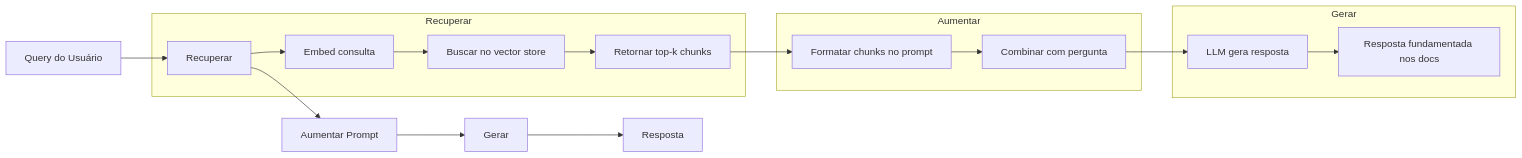
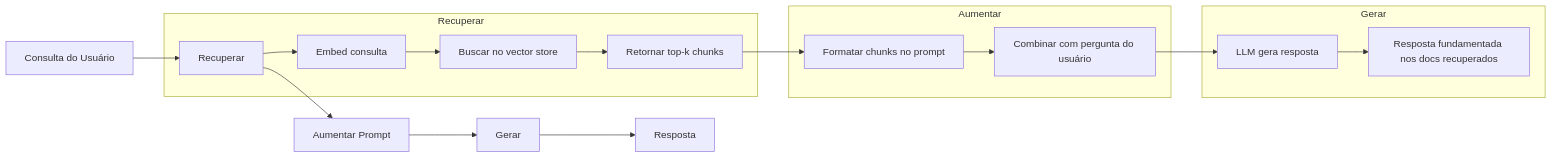
The first of 2 diagrams in phases/11-llm-engineering/06-rag/docs/pt-br.md (K3lvin-dev/ai-engineering-from-scratch), drawn with Mermaid before and after one commit. The commit also changed other lines of this file and 16 other files, not shown here.

````diff
--- a/phases/11-llm-engineering/06-rag/docs/pt-br.md
+++ b/phases/11-llm-engineering/06-rag/docs/pt-br.md
@@ -30,23 +32,23 @@
 ```mermaid
 graph LR
-    Q["Query do Usuário"] --> R["Recuperar"]
+    Q["Consulta do Usuário"] --> R["Recuperar"]
     R --> A["Aumentar Prompt"]
     A --> G["Gerar"]
     G --> Ans["Resposta"]
 
     subgraph "Recuperar"
         R --> Embed["Embed consulta"]
         Embed --> Search["Buscar no vector store"]
         Search --> TopK["Retornar top-k chunks"]
     end
 
     subgraph "Aumentar"
         TopK --> Format["Formatar chunks no prompt"]
-        Format --> Combine["Combinar com pergunta"]
+        Format --> Combine["Combinar com pergunta do usuário"]
     end
 
     subgraph "Gerar"
         Combine --> LLM["LLM gera resposta"]
-        LLM --> Cite["Resposta fundamentada nos docs"]
+        LLM --> Cite["Resposta fundamentada nos docs recuperados"]
     end
 ```
````
